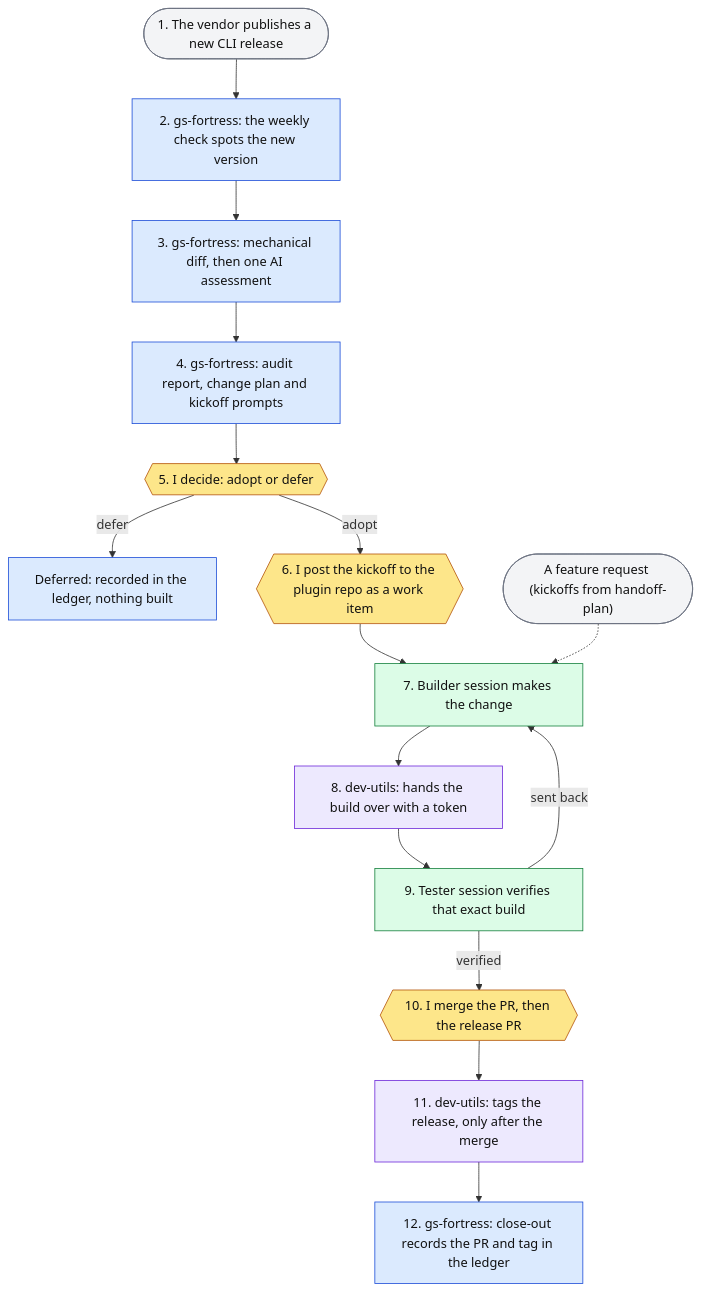
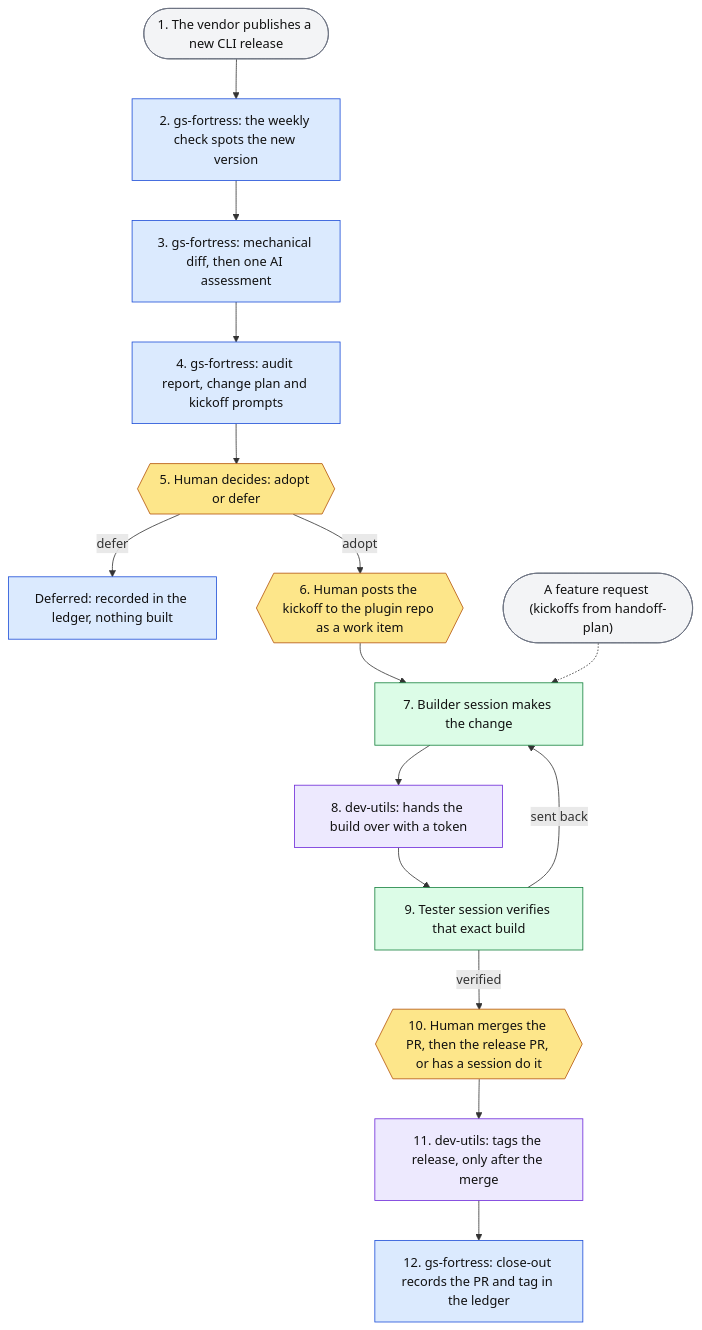
Before and after one commit to BradleyDB/showcase: the diagram in gs-admin-toolchain/README.md, drawn with Mermaid. The commit also changed other lines of this file and 1 other file, not shown here.

Commit message:
dev-utils diagram: numbered loop showing where a person steers it
Human steps are third person, and a merge is done by a person or by a session on
their say-so, on every page.

````diff
--- a/gs-admin-toolchain/README.md
+++ b/gs-admin-toolchain/README.md
@@ -42,36 +42,36 @@
 ```mermaid
 flowchart TD
   step1(["1. The vendor publishes a new CLI release"])
   step2["2. gs-fortress: the weekly check spots the new version"]
   step3["3. gs-fortress: mechanical diff, then one AI assessment"]
   step4["4. gs-fortress: audit report, change plan and kickoff prompts"]
-  step5{{"5. I decide: adopt or defer"}}
+  step5{{"5. Human decides: adopt or defer"}}
   deferred["Deferred: recorded in the ledger, nothing built"]
-  step6{{"6. I post the kickoff to the plugin repo as a work item"}}
+  step6{{"6. Human posts the kickoff to the plugin repo as a work item"}}
   featureRequest(["A feature request (kickoffs from handoff-plan)"])
   step7["7. Builder session makes the change"]
   step8["8. dev-utils: hands the build over with a token"]
   step9["9. Tester session verifies that exact build"]
-  step10{{"10. I merge the PR, then the release PR"}}
+  step10{{"10. Human merges the PR, then the release PR, or has a session do it"}}
   step11["11. dev-utils: tags the release, only after the merge"]
   step12["12. gs-fortress: close-out records the PR and tag in the ledger"]
 
   step1 --> step2 --> step3 --> step4 --> step5
   step5 -->|defer| deferred
   step5 -->|adopt| step6 --> step7
   featureRequest -.-> step7
   step7 --> step8 --> step9
   step9 -->|sent back| step7
   step9 -->|verified| step10 --> step11 --> step12
 
   classDef fortress fill:#dbeafe,stroke:#1d4ed8,color:#111;
   classDef plugin fill:#dcfce7,stroke:#15803d,color:#111;
   classDef devutils fill:#ede9fe,stroke:#6d28d9,color:#111;
   classDef human fill:#fde68a,stroke:#b45309,color:#111;
   classDef outside fill:#f3f4f6,stroke:#6b7280,color:#111;
   class step2,step3,step4,step12,deferred fortress;
   class step7,step9 plugin;
   class step8,step11 devutils;
   class step5,step6,step10 human;
   class step1,featureRequest outside;
 ```
````
